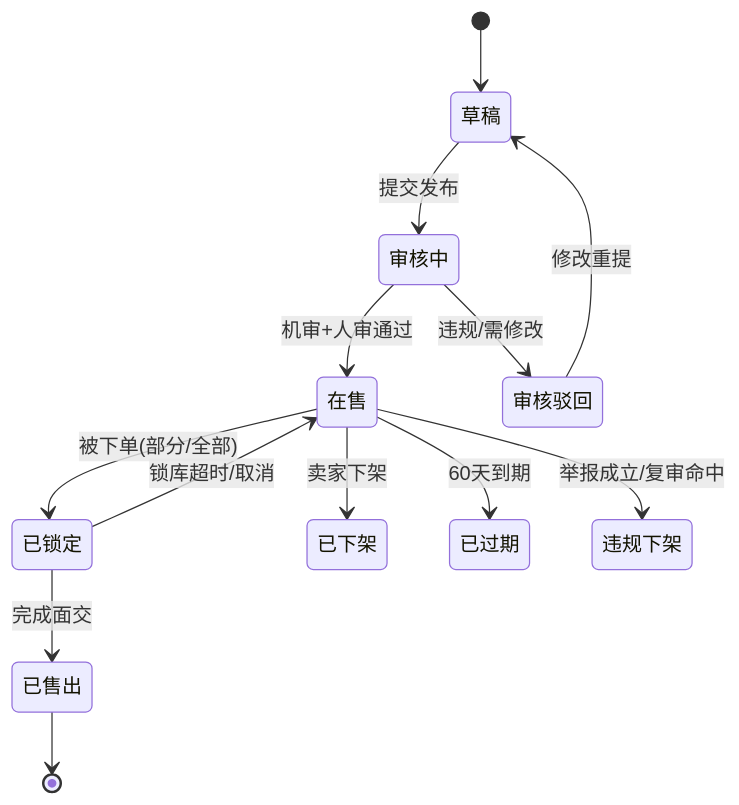
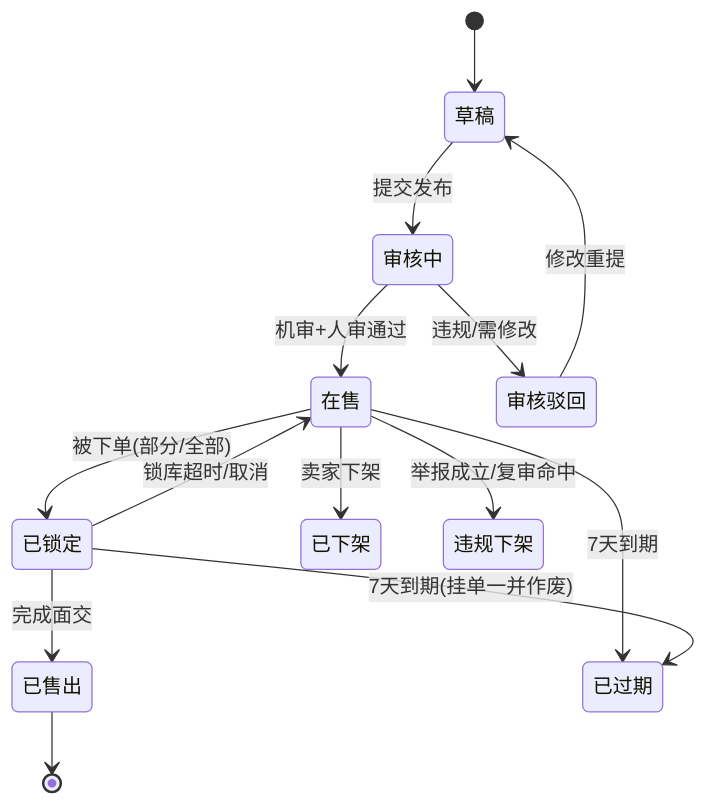
One commit to xianyvgan2223/ershou changed the third of 7 diagrams in 校园二手交易平台需求文档.md. Above: the diagram before and after it, drawn with Mermaid. The commit also changed other lines of this file and 147 other files, not shown here.

Commit message:
3.4.0更新在个人主页增加黑名单，修复已知bug和地图定位选择图标

````diff
--- a/校园二手交易平台需求文档.md
+++ b/校园二手交易平台需求文档.md
@@ -583,15 +583,16 @@
 ```mermaid
 stateDiagram-v2
   [*] --> 草稿
   草稿 --> 审核中: 提交发布
   审核中 --> 在售: 机审+人审通过
   审核中 --> 审核驳回: 违规/需修改
   审核驳回 --> 草稿: 修改重提
   在售 --> 已锁定: 被下单(部分/全部)
   已锁定 --> 在售: 锁库超时/取消
   已锁定 --> 已售出: 完成面交
   在售 --> 已下架: 卖家下架
-  在售 --> 已过期: 60天到期
+  在售 --> 已过期: 7天到期
+  已锁定 --> 已过期: 7天到期(挂单一并作废)
   在售 --> 违规下架: 举报成立/复审命中
   已售出 --> [*]
 ```
````
